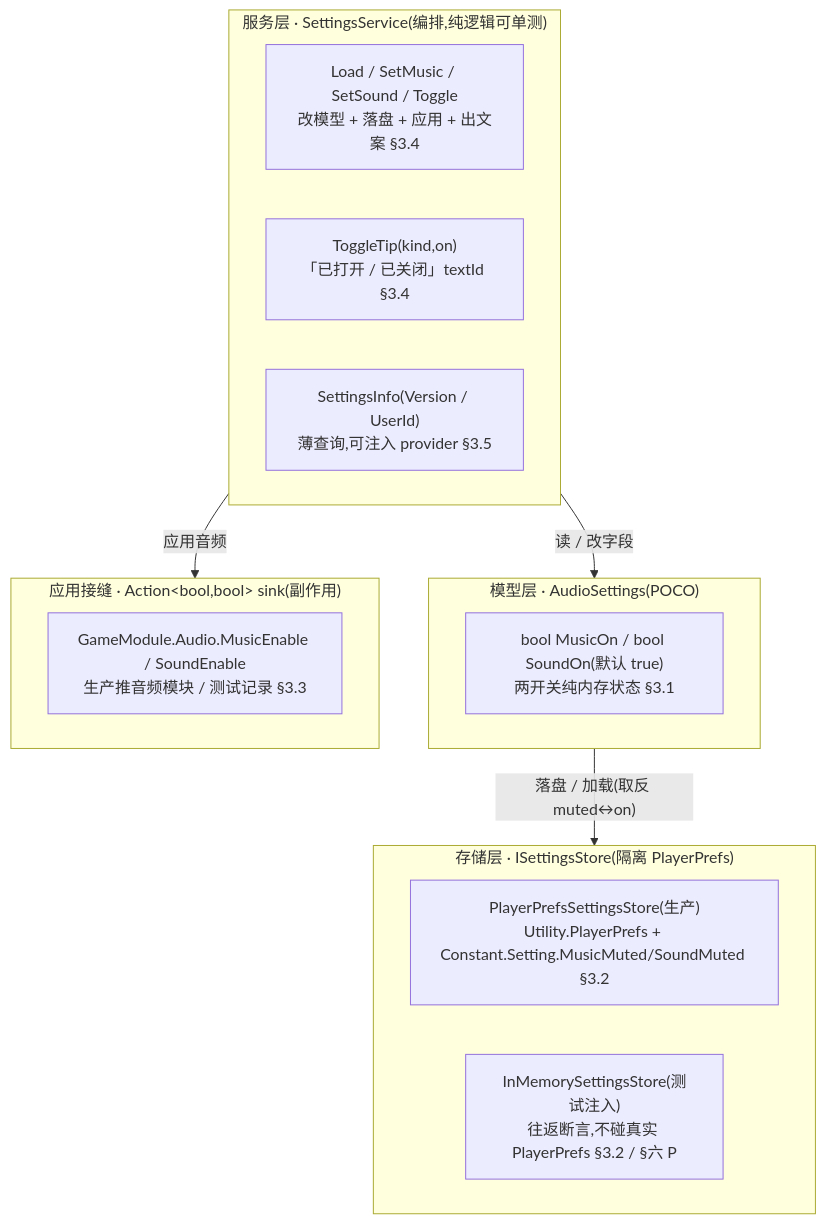
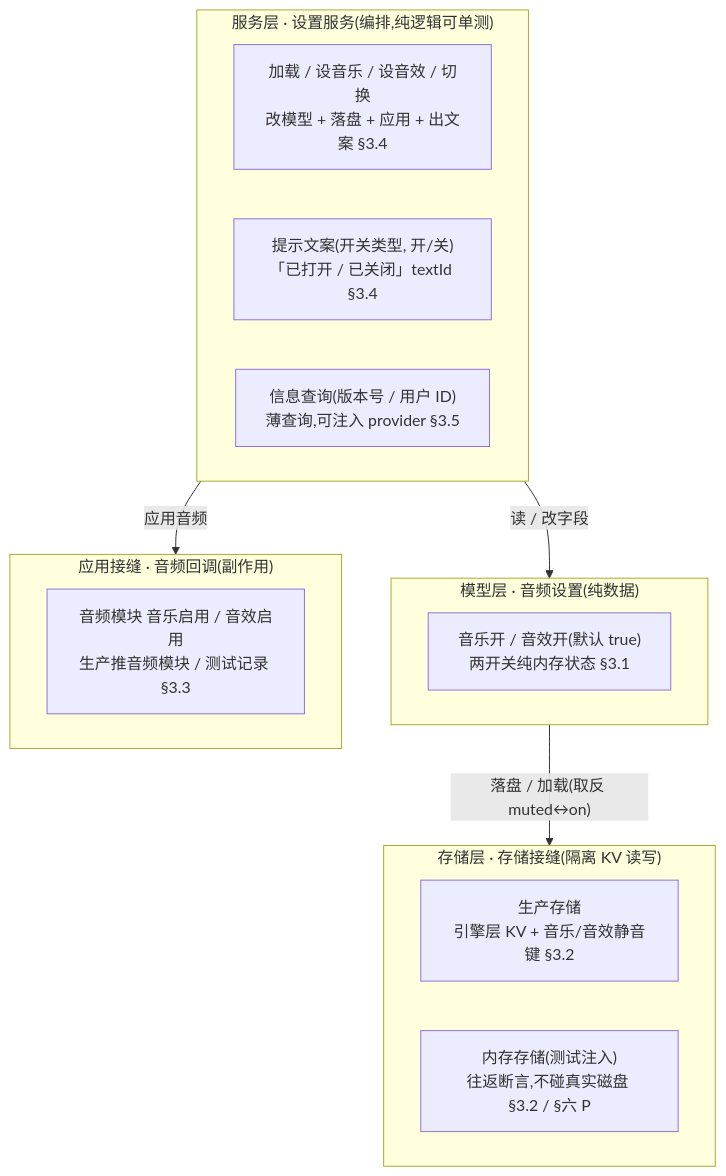
One commit to zhoupeng921101/TEngine_zp changed the first of 2 diagrams in UnityProject/design-docs/19-settings-system.md. Above: the diagram before and after it, drawn with Mermaid. The commit also changed other lines of this file and 20 other files, not shown here.

````diff
--- a/UnityProject/design-docs/19-settings-system.md
+++ b/UnityProject/design-docs/19-settings-system.md
@@ -66,21 +65,21 @@
 ```mermaid
 flowchart TD
-    subgraph svc["服务层 · SettingsService(编排,纯逻辑可单测)"]
-        s1["Load / SetMusic / SetSound / Toggle<br/>改模型 + 落盘 + 应用 + 出文案 §3.4"]
-        s2["ToggleTip(kind,on)<br/>「已打开 / 已关闭」textId §3.4"]
-        s3["SettingsInfo(Version / UserId)<br/>薄查询,可注入 provider §3.5"]
+    subgraph svc["服务层 · 设置服务(编排,纯逻辑可单测)"]
+        s1["加载 / 设音乐 / 设音效 / 切换<br/>改模型 + 落盘 + 应用 + 出文案 §3.4"]
+        s2["提示文案(开关类型, 开/关)<br/>「已打开 / 已关闭」textId §3.4"]
+        s3["信息查询(版本号 / 用户 ID)<br/>薄查询,可注入 provider §3.5"]
     end
-    subgraph mdl["模型层 · AudioSettings(POCO)"]
-        m1["bool MusicOn / bool SoundOn(默认 true)<br/>两开关纯内存状态 §3.1"]
+    subgraph mdl["模型层 · 音频设置(纯数据)"]
+        m1["音乐开 / 音效开(默认 true)<br/>两开关纯内存状态 §3.1"]
     end
-    subgraph app["应用接缝 · Action&lt;bool,bool&gt; sink(副作用)"]
-        a1["GameModule.Audio.MusicEnable / SoundEnable<br/>生产推音频模块 / 测试记录 §3.3"]
+    subgraph app["应用接缝 · 音频回调(副作用)"]
+        a1["音频模块 音乐启用 / 音效启用<br/>生产推音频模块 / 测试记录 §3.3"]
     end
-    subgraph sto["存储层 · ISettingsStore(隔离 PlayerPrefs)"]
-        t1["PlayerPrefsSettingsStore(生产)<br/>Utility.PlayerPrefs + Constant.Setting.MusicMuted/SoundMuted §3.2"]
-        t2["InMemorySettingsStore(测试注入)<br/>往返断言,不碰真实 PlayerPrefs §3.2 / §六 P"]
+    subgraph sto["存储层 · 存储接缝(隔离 KV 读写)"]
+        t1["生产存储<br/>引擎层 KV + 音乐/音效静音键 §3.2"]
+        t2["内存存储(测试注入)<br/>往返断言,不碰真实磁盘 §3.2 / §六 P"]
     end
     svc -->|读 / 改字段| mdl
     svc -->|应用音频| app
     mdl -->|"落盘 / 加载(取反 muted↔on)"| sto
 ```
````
